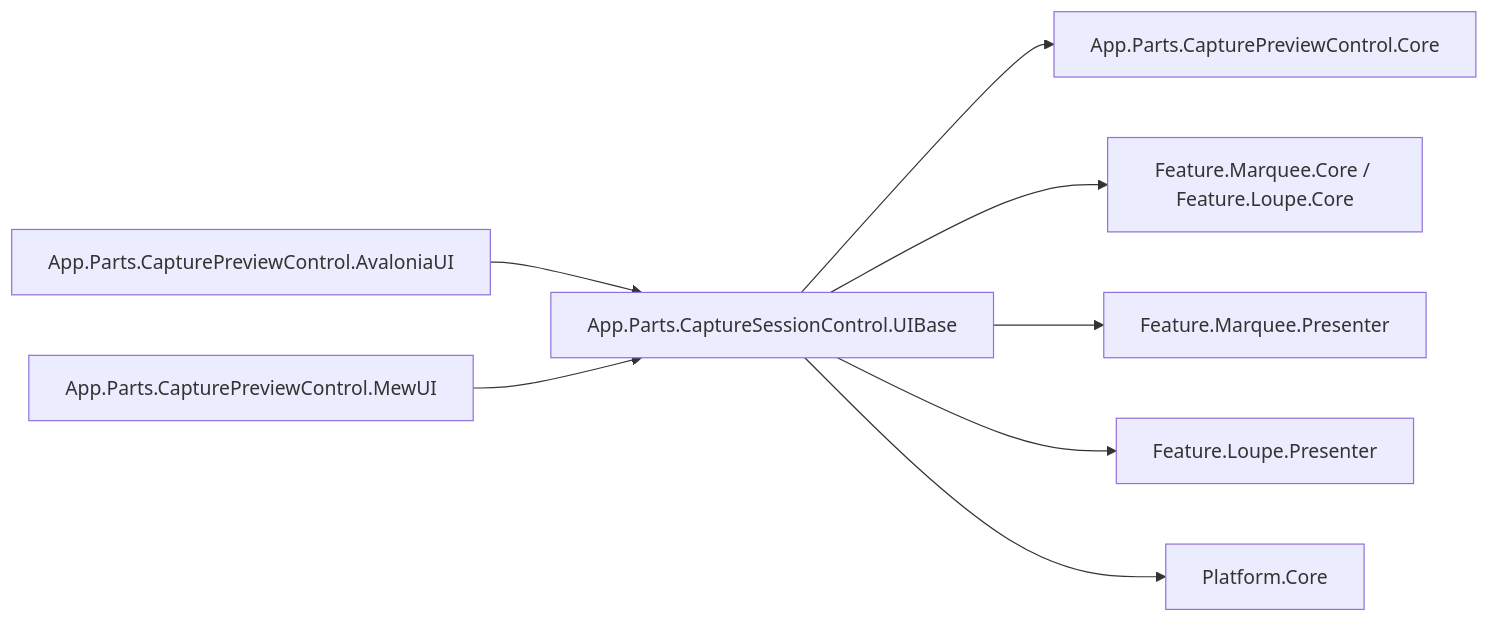
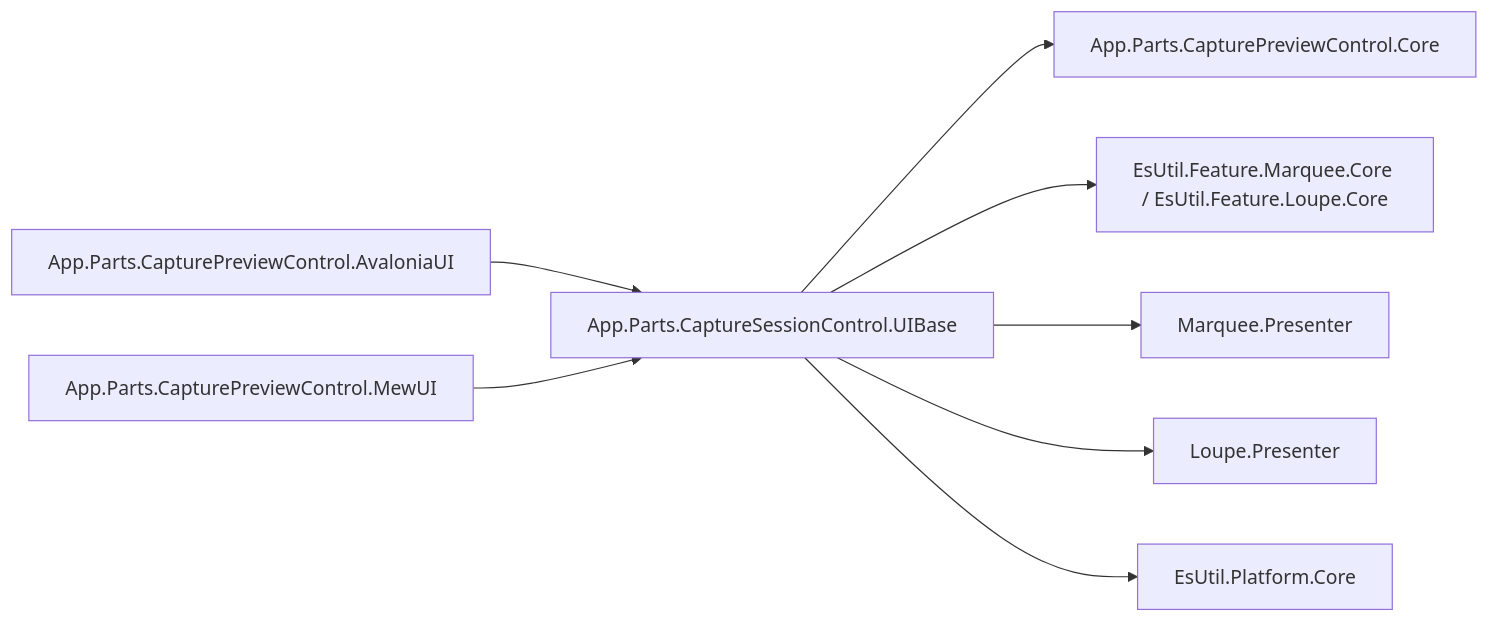
Before and after one commit to tomokuni/SaveEvidence: the first of 3 diagrams in src/App.Parts.CaptureSessionControl.UIBase/SPEC_System.md, drawn with Mermaid. The commit also changed other lines of this file and 417 other files, not shown here.

First line of the commit message:
Feature と Platform のフォルダを名前空間と同じ EsUtil. 付きへ改名し、ログ接頭辞を EsUtil を除いた語にする

````diff
--- a/src/App.Parts.CaptureSessionControl.UIBase/SPEC_System.md
+++ b/src/App.Parts.CaptureSessionControl.UIBase/SPEC_System.md
@@ -29,10 +29,10 @@
 ```mermaid
 graph LR
   A[App.Parts.CapturePreviewControl.AvaloniaUI] --> U[App.Parts.CaptureSessionControl.UIBase]
   B[App.Parts.CapturePreviewControl.MewUI] --> U
   U --> C[App.Parts.CapturePreviewControl.Core]
-  U --> MC[Feature.Marquee.Core / Feature.Loupe.Core]
-  U --> M[Feature.Marquee.Presenter]
-  U --> L[Feature.Loupe.Presenter]
-  U --> P[Platform.Core]
+  U --> MC[EsUtil.Feature.Marquee.Core / EsUtil.Feature.Loupe.Core]
+  U --> M[Marquee.Presenter]
+  U --> L[Loupe.Presenter]
+  U --> P[EsUtil.Platform.Core]
 ```
````
